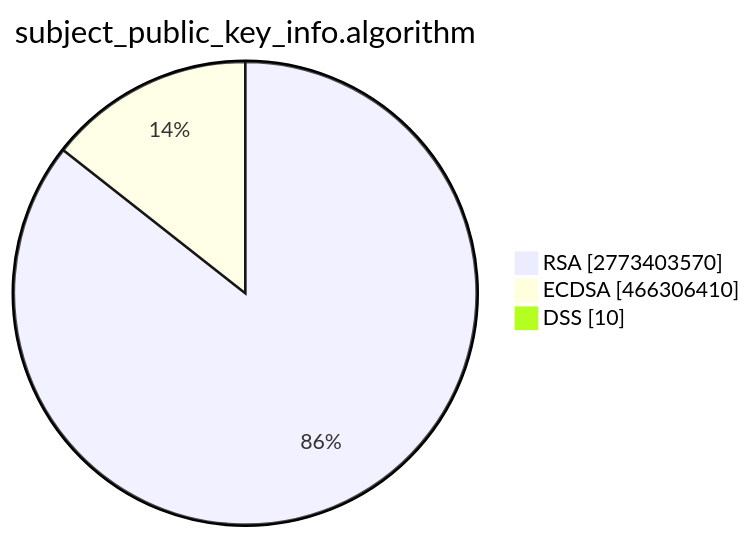
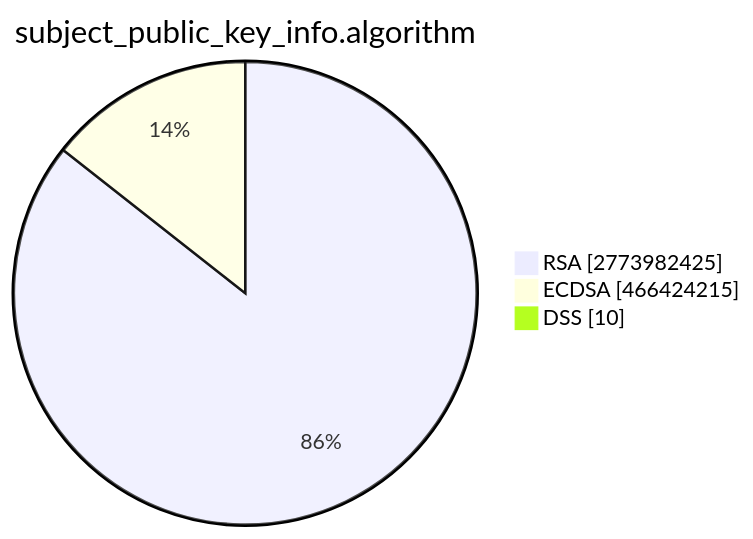
One commit to christiankrug/ctmonitor_visualization changed the second of 15 diagrams in TOTAL/README.md. Above: the diagram before and after it, drawn with Mermaid. The commit also changed other lines of this file, not shown here.

````diff
--- a/TOTAL/README.md
+++ b/TOTAL/README.md
@@ -6,7 +6,7 @@
 ```mermaid
 pie showData
 title subject_public_key_info.algorithm
-"RSA" :2773403570
-"ECDSA" :466306410
+"RSA" :2773982425
+"ECDSA" :466424215
 "DSS" :10
 ```
````
